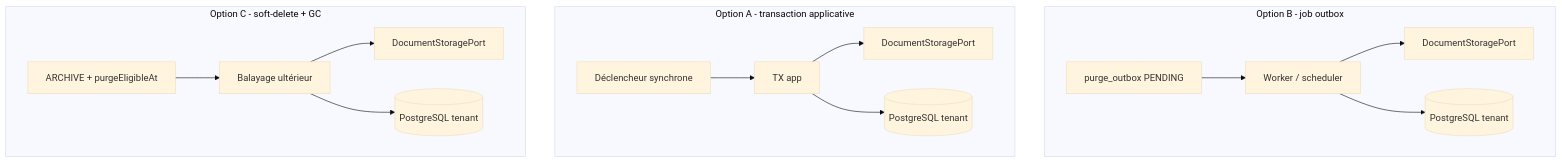
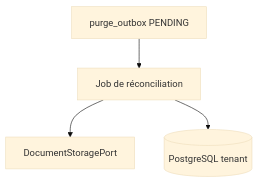
Before and after one commit to superjojo79/Myrmacta: the diagram in docs/ai/design/2026-08-19-feature-purge-stockage.md, drawn with Mermaid (base theme). The commit also changed other lines of this file and 1 other file, not shown here.

Commit message:
docs(purge-stockage): Q1 actée — job de réconciliation sur purge_outbox
Stakeholder B. Q2–Q10 restent ouvertes ; Phase 2 non démarrée.

````diff
--- a/docs/ai/design/2026-08-19-feature-purge-stockage.md
+++ b/docs/ai/design/2026-08-19-feature-purge-stockage.md
@@ -23,18 +22,6 @@
 ```mermaid
 flowchart TD
-  subgraph optB [Option B - job outbox]
-    ob[purge_outbox PENDING] --> job[Worker / scheduler]
-    job --> storeB[DocumentStoragePort]
-    job --> pgB[(PostgreSQL tenant)]
-  end
-  subgraph optA [Option A - transaction applicative]
-    trigA[Déclencheur synchrone] --> tx[TX app]
-    tx --> storeA[DocumentStoragePort]
-    tx --> pgA[(PostgreSQL tenant)]
-  end
-  subgraph optC [Option C - soft-delete + GC]
-    mark[ARCHIVE + purgeEligibleAt] --> gc[Balayage ultérieur]
-    gc --> storeC[DocumentStoragePort]
-    gc --> pgC[(PostgreSQL tenant)]
-  end
+  ob[purge_outbox PENDING] --> job[Job de réconciliation]
+  job --> store[DocumentStoragePort]
+  job --> pg[(PostgreSQL tenant)]
 ```
````
